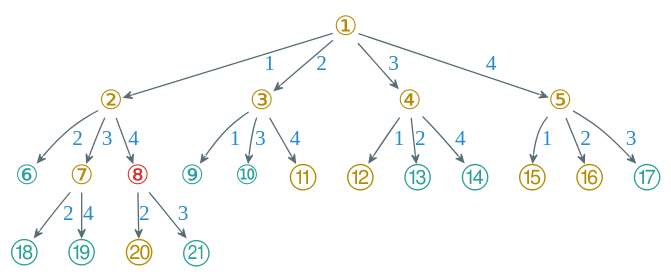
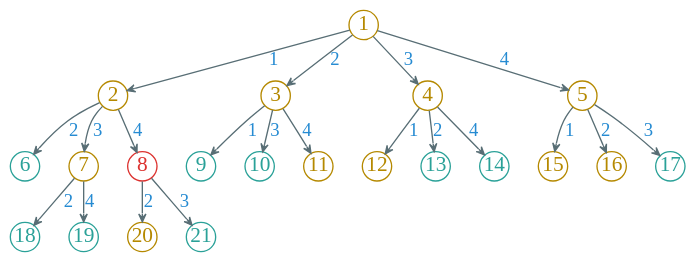
One commit to Avanti1980/course-alg changed the diagram in dot/four-queen-bb-solve6.dot. Above: the diagram before and after it, drawn with Graphviz. The commit also changed 20 other files, not shown here.

```diff
--- a/dot/four-queen-bb-solve6.dot
+++ b/dot/four-queen-bb-solve6.dot
@@ -1,61 +1,61 @@
 digraph g {
     bgcolor=transparent
     rankdir=TB
     graph [nodesep=0.3, ranksep=0.2]
-    node [shape=plain, color="#586e75", fontcolor="#b58900", fontsize=20, fontname="LXGWWenKai"]
-    edge [arrowhead=vee, color="#586e75", fontcolor="#268bd2", fontsize=16, fontname="LXGWWenKai" arrowsize=0.6]
+    node [shape=circle, fixedsize=true, width=0.3, color="#b58900", fontcolor="#b58900", fontsize=16, fontname="LXGWWenKai"]
+    edge [arrowhead=vee, color="#586e75", fontcolor="#268bd2", fontsize=14, fontname="LXGWWenKai" arrowsize=0.6]
 
-    ① -> ② [label="1"]
-    ① -> ③ [label="2"]
-    ① -> ④ [label="3"]
-    ① -> ⑤ [label="4"]
+    1 -> 2 [label="1"]
+    1 -> 3 [label="2"]
+    1 -> 4 [label="3"]
+    1 -> 5 [label="4"]
 
-    node [fontcolor="#2aa198"]
+    node [color="#2aa198", fontcolor="#2aa198"]
 
-    ② -> ⑥ [label="2"]
+    2 -> 6 [label="2"]
 
-    node [fontcolor="#b58900"]
+    node [color="#b58900", fontcolor="#b58900"]
 
-    ② -> ⑦ [label="3"]
+    2 -> 7 [label="3"]
 
-    node [fontcolor="#dc322f"]
+    node [color="#dc322f", fontcolor="#dc322f"]
 
-    ② -> ⑧ [label="4"]
+    2 -> 8 [label="4"]
 
-    node [fontcolor="#2aa198"]
+    node [color="#2aa198", fontcolor="#2aa198"]
 
-    ③ -> ⑨ [label="1"]
-    ③ -> ⑩ [label="3"]
+    3 -> 9 [label="1"]
+    3 -> 10 [label="3"]
 
-    node [fontcolor="#b58900"]
+    node [color="#b58900", fontcolor="#b58900"]
 
-    ③ -> ⑪ [label="4"]
+    3 -> 11 [label="4"]
 
-    ④ -> ⑫ [label="1"]
+    4 -> 12 [label="1"]
 
-    node [fontcolor="#2aa198"]
+    node [color="#2aa198", fontcolor="#2aa198"]
 
-    ④ -> ⑬ [label="2"]
-    ④ -> ⑭ [label="4"]
+    4 -> 13 [label="2"]
+    4 -> 14 [label="4"]
 
-    node [fontcolor="#b58900"]
+    node [color="#b58900", fontcolor="#b58900"]
 
-    ⑤ -> ⑮ [label="1"]
-    ⑤ -> ⑯ [label="2"]
+    5 -> 15 [label="1"]
+    5 -> 16 [label="2"]
 
-    node [fontcolor="#2aa198"]
+    node [color="#2aa198", fontcolor="#2aa198"]
 
-    ⑤ -> ⑰ [label="3"]
+    5 -> 17 [label="3"]
 
 
-    ⑦ -> ⑱ [label="2"]
-    ⑦ -> ⑲ [label="4"]
+    7 -> 18 [label="2"]
+    7 -> 19 [label="4"]
 
-    node [fontcolor="#b58900"]
+    node [color="#b58900", fontcolor="#b58900"]
 
-    ⑧ -> ⑳ [label="2"]
+    8 -> 20 [label="2"]
 
-    node [fontcolor="#2aa198"]
+    node [color="#2aa198", fontcolor="#2aa198"]
 
-    ⑧ -> ㉑ [label="3"]
+    8 -> 21 [label="3"]
 }
```
